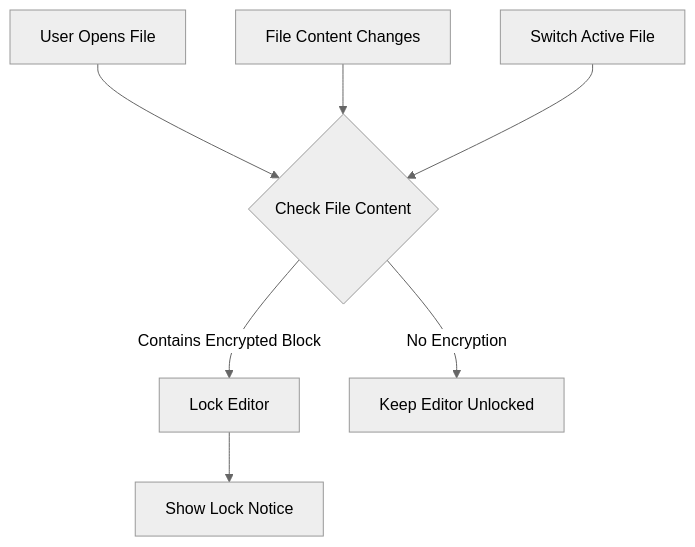
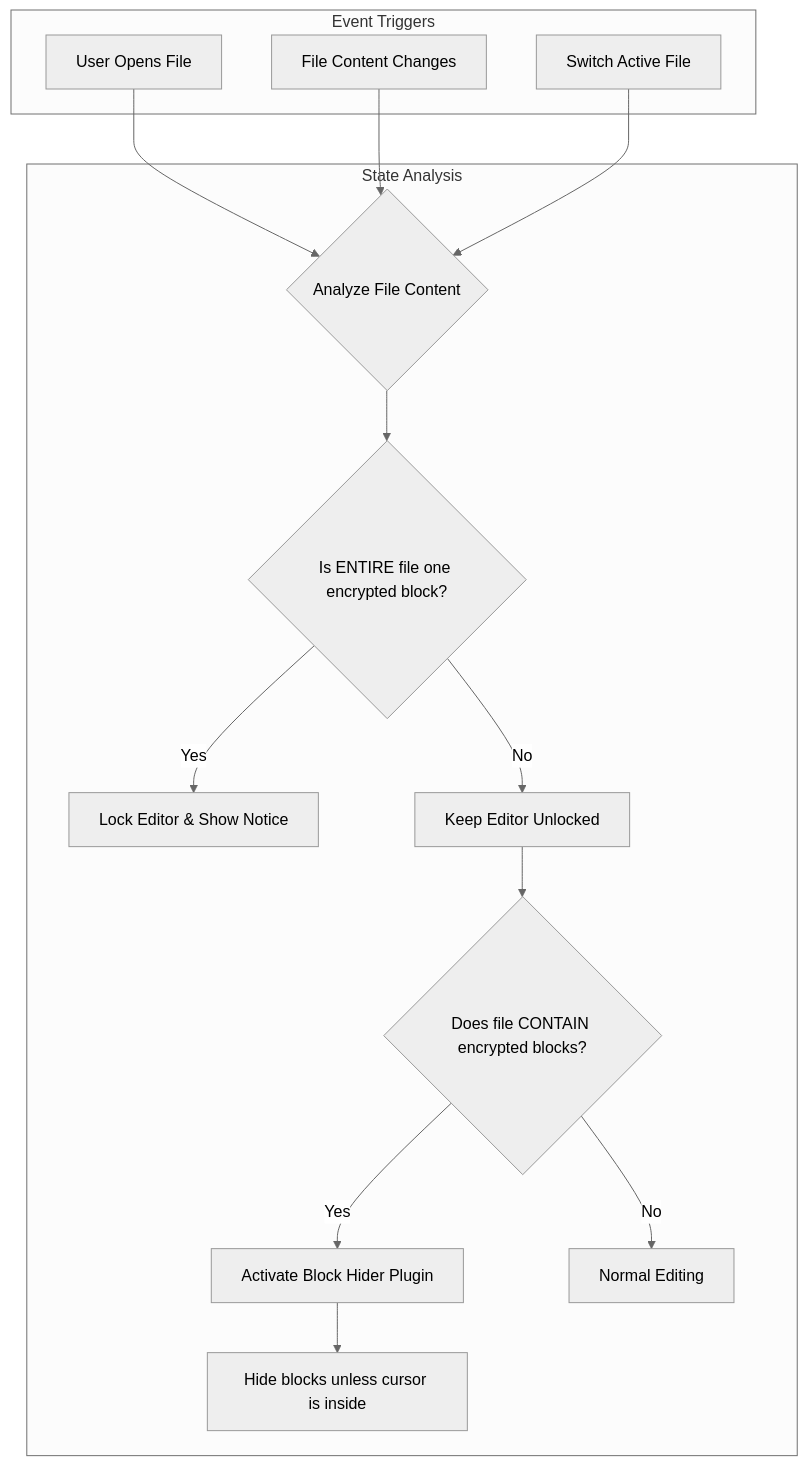
The first of 5 diagrams in docs/flows.md (nader-web/obsidian_encryptor), drawn with Mermaid (neutral theme) before and after one commit. The commit also changed other lines of this file and 3 other files, not shown here.

````diff
--- a/docs/flows.md
+++ b/docs/flows.md
@@ -5,10 +9,21 @@
 ```mermaid
 flowchart TD
-    A[User Opens File] --> B{Check File Content}
-    B -->|Contains Encrypted Block| C[Lock Editor]
-    B -->|No Encryption| D[Keep Editor Unlocked]
-    C --> E[Show Lock Notice]
-    
-    F[File Content Changes] --> B
-    G[Switch Active File] --> B
+    subgraph Event Triggers
+        A[User Opens File]
+        B[File Content Changes]
+        C[Switch Active File]
+    end
+
+    subgraph State Analysis
+        D{Analyze File Content}
+        D --> E{Is ENTIRE file one encrypted block?}
+        E -->|Yes| F[Lock Editor & Show Notice]
+        E -->|No| G[Keep Editor Unlocked]
+        G --> H{Does file CONTAIN encrypted blocks?}
+        H -->|Yes| I[Activate Block Hider Plugin]
+        H -->|No| J[Normal Editing]
+        I --> K[Hide blocks unless cursor is inside]
+    end
+
+    A & B & C --> D
 ```
````
